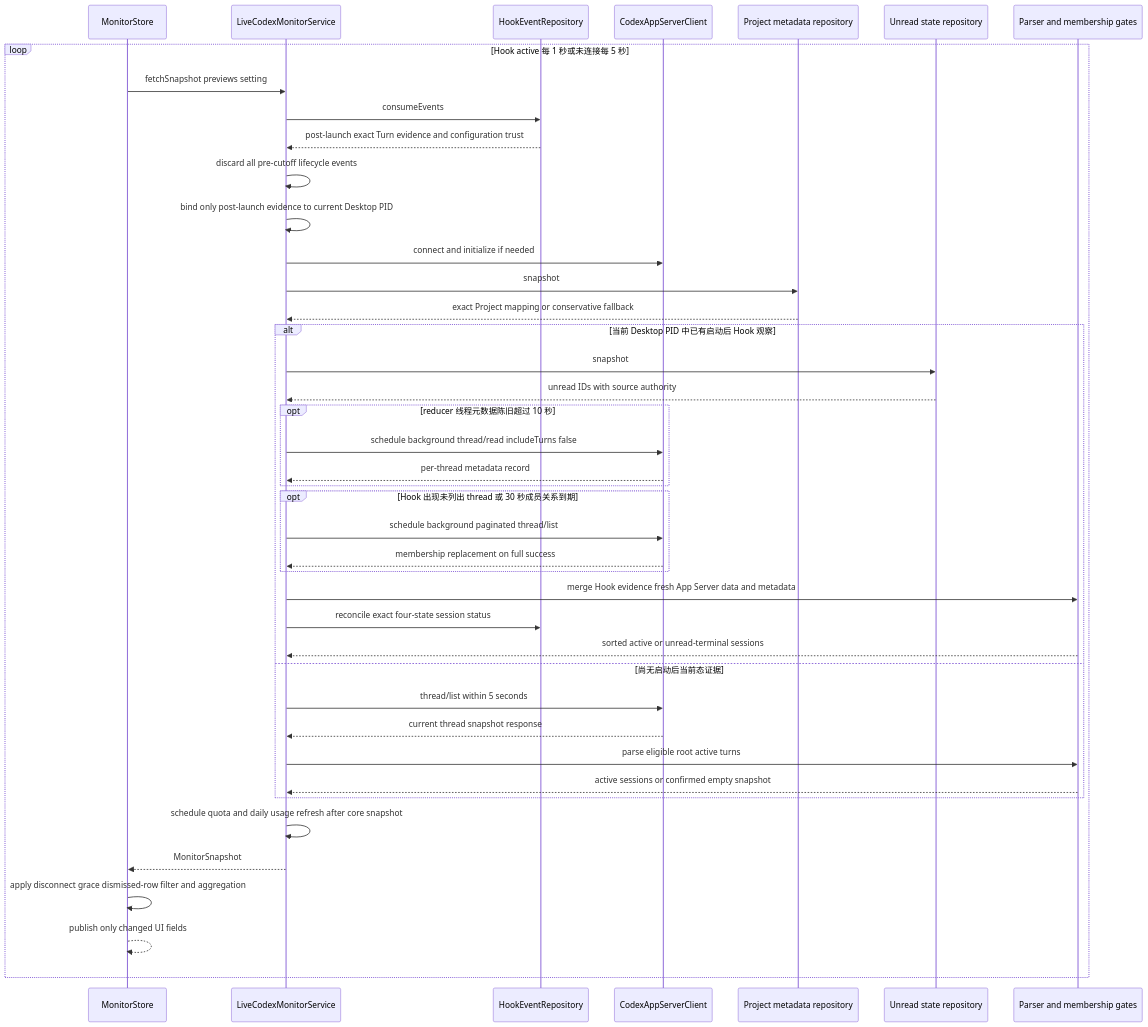
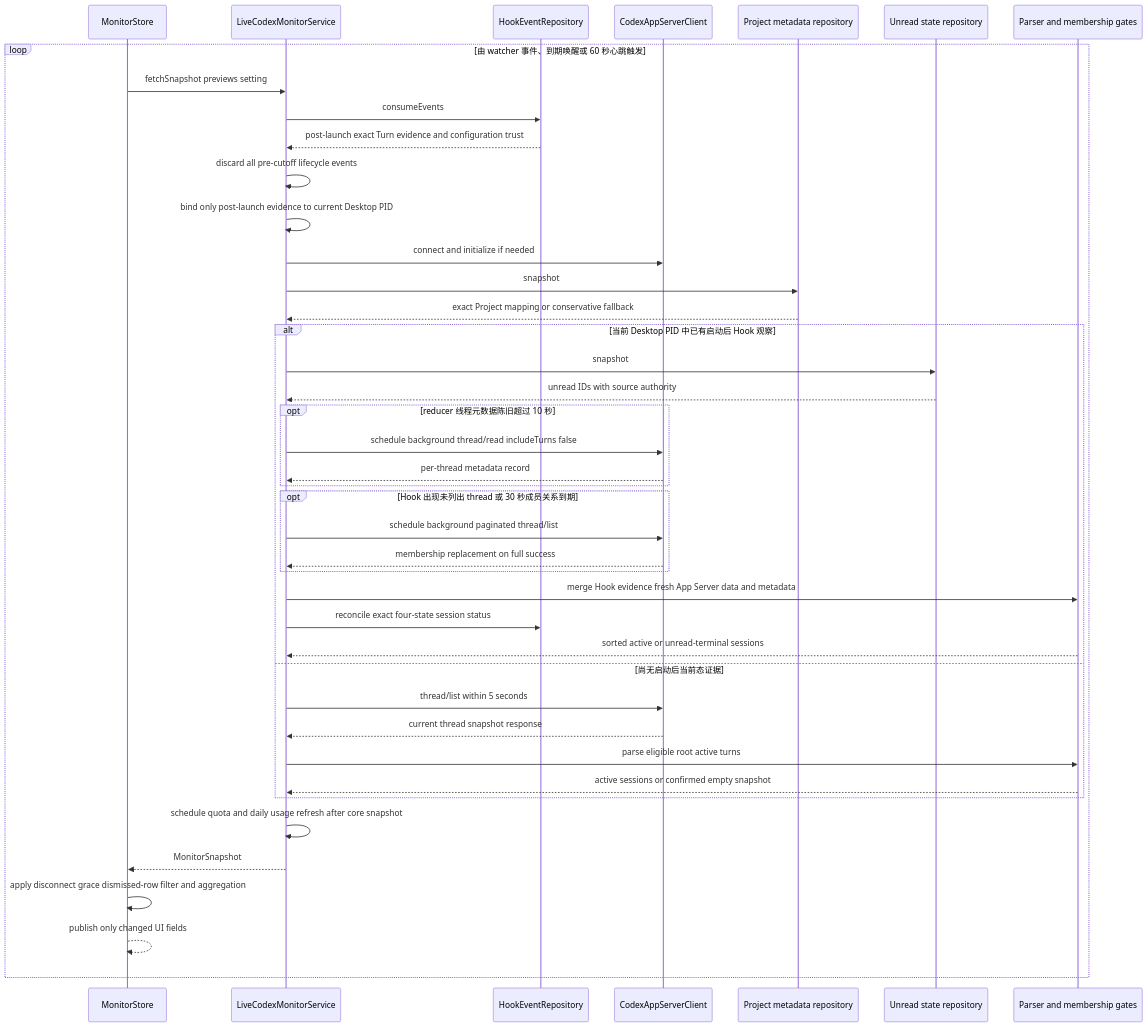
One commit to soondubu137/notchline changed the second of 6 diagrams in docs/system-architecture.md. Above: the diagram before and after it, drawn with Mermaid. The commit also changed other lines of this file and 7 other files, not shown here.

````diff
--- a/docs/system-architecture.md
+++ b/docs/system-architecture.md
@@ -144,47 +144,47 @@
 ```mermaid
 sequenceDiagram
     participant store as MonitorStore
     participant service as LiveCodexMonitorService
     participant hooks as HookEventRepository
     participant appServer as CodexAppServerClient
     participant project as Project metadata repository
     participant unread as Unread state repository
     participant reducer as Parser and membership gates
 
-    loop Hook active 每 1 秒或未连接每 5 秒
+    loop 由 watcher 事件、到期唤醒或 60 秒心跳触发
         store->>service: fetchSnapshot previews setting
         service->>hooks: consumeEvents
         hooks-->>service: post-launch exact Turn evidence and configuration trust
         service->>service: discard all pre-cutoff lifecycle events
         service->>service: bind only post-launch evidence to current Desktop PID
         service->>appServer: connect and initialize if needed
         service->>project: snapshot
         project-->>service: exact Project mapping or conservative fallback
 
         alt 当前 Desktop PID 中已有启动后 Hook 观察
             service->>unread: snapshot
             unread-->>service: unread IDs with source authority
             opt reducer 线程元数据陈旧超过 10 秒
                 service->>appServer: schedule background thread/read includeTurns false
                 appServer-->>service: per-thread metadata record
             end
             opt Hook 出现未列出 thread 或 30 秒成员关系到期
                 service->>appServer: schedule background paginated thread/list
                 appServer-->>service: membership replacement on full success
             end
             service->>reducer: merge Hook evidence fresh App Server data and metadata
             service->>hooks: reconcile exact four-state session status
             reducer-->>service: sorted active or unread-terminal sessions
         else 尚无启动后当前态证据
             service->>appServer: thread/list within 5 seconds
             appServer-->>service: current thread snapshot response
             service->>reducer: parse eligible root active turns
             reducer-->>service: active sessions or confirmed empty snapshot
         end
 
         service->>service: schedule quota and daily usage refresh after core snapshot
         service-->>store: MonitorSnapshot
         store->>store: apply disconnect grace dismissed-row filter and aggregation
         store-->>store: publish only changed UI fields
     end
 ```
````
